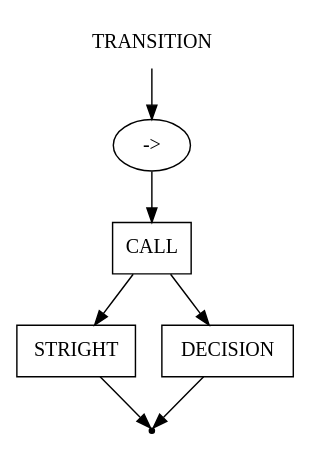
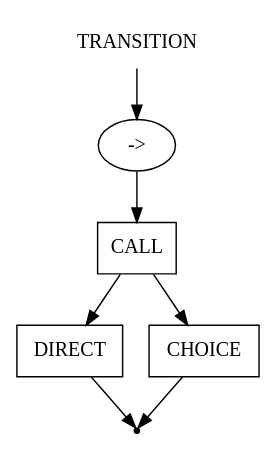
The diagram in ciao_gv/transition.gv (AnsKaz-yu/CIAO-V.3), drawn with Graphviz before and after one commit. The commit also changed 16 other files, not shown here.

```diff
--- a/ciao_gv/transition.gv
+++ b/ciao_gv/transition.gv
@@ -1,14 +1,14 @@
 digraph TRANSITION {
     start [label=TRANSITION shape=plaintext]
     A [label="->" shape=oval]
     B [label=CALL shape=box]
-    C [label=STRIGHT shape=box]
-    D [label=DECISION shape=box]
+    C [label=DIRECT shape=box]
+    D [label=CHOICE shape=box]
     end [label="" shape=point]
     start -> A
     A -> B
     B -> C
     B -> D
     C -> end
     D -> end
 }
```
